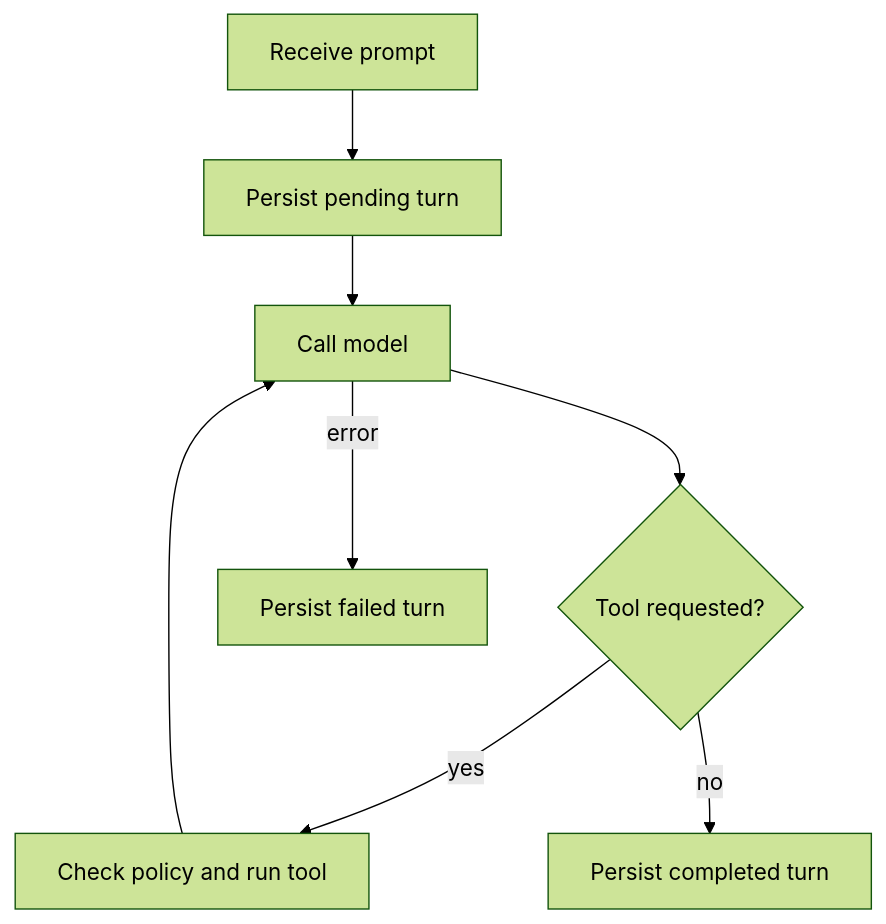
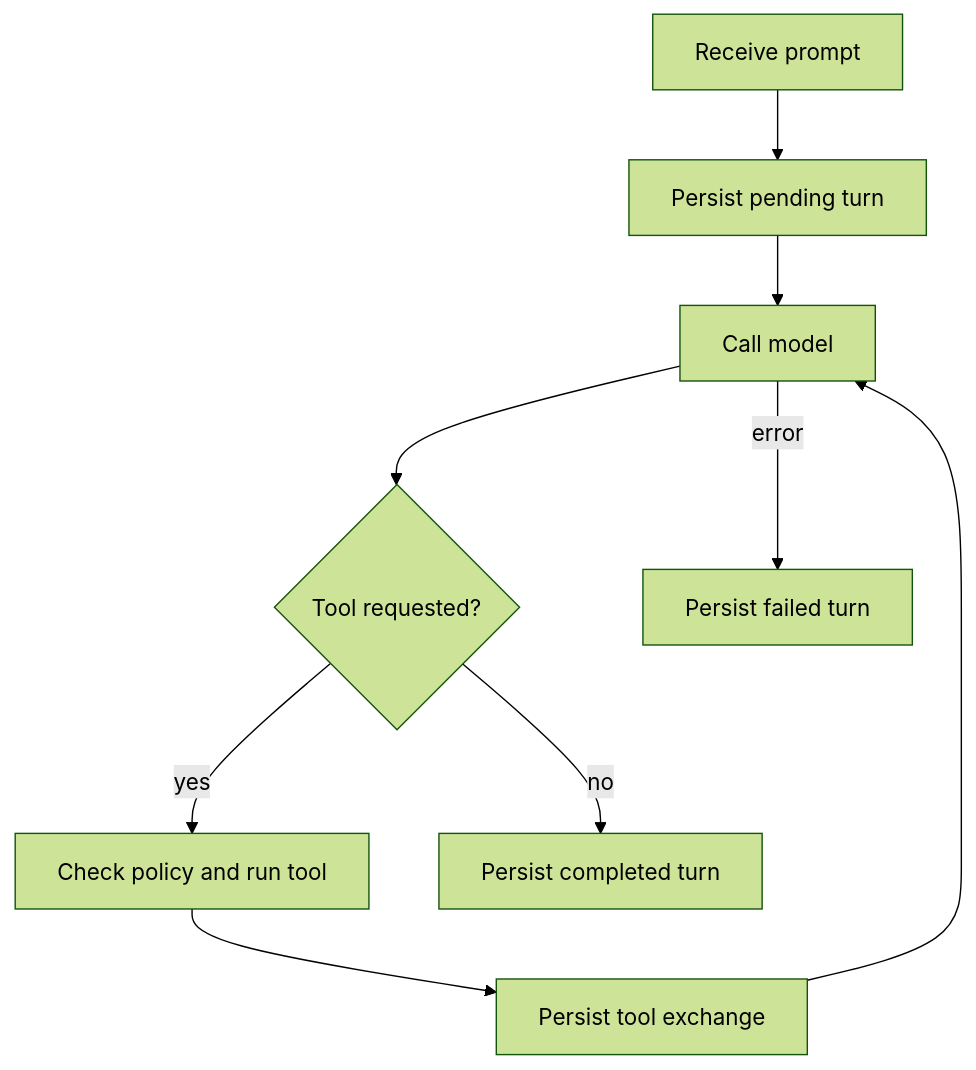
One commit to agentty-xyz/agentty changed the second of 2 diagrams in docs/site/content/docs/architecture/ag-harness-design.md. Above: the diagram before and after it, drawn with Mermaid (forest theme). The commit also changed other lines of this file and 72 other files, not shown here.

````diff
--- a/docs/site/content/docs/architecture/ag-harness-design.md
+++ b/docs/site/content/docs/architecture/ag-harness-design.md
@@ -69,10 +72,11 @@
 ```mermaid
 flowchart TD
     Prompt["Receive prompt"] --> Pending["Persist pending turn"]
     Pending --> Model["Call model"]
     Model --> Tool{"Tool requested?"}
     Tool -->|yes| Execute["Check policy and run tool"]
-    Execute --> Model
+    Execute --> Progress["Persist tool exchange"]
+    Progress --> Model
     Tool -->|no| Complete["Persist completed turn"]
     Model -->|error| Failed["Persist failed turn"]
 ```
````
